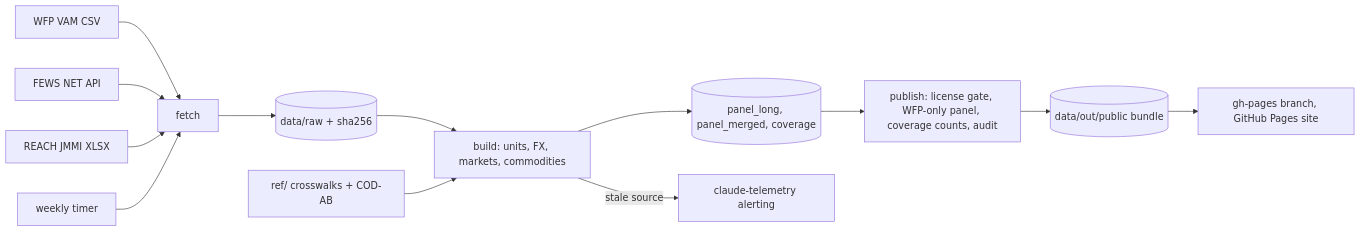
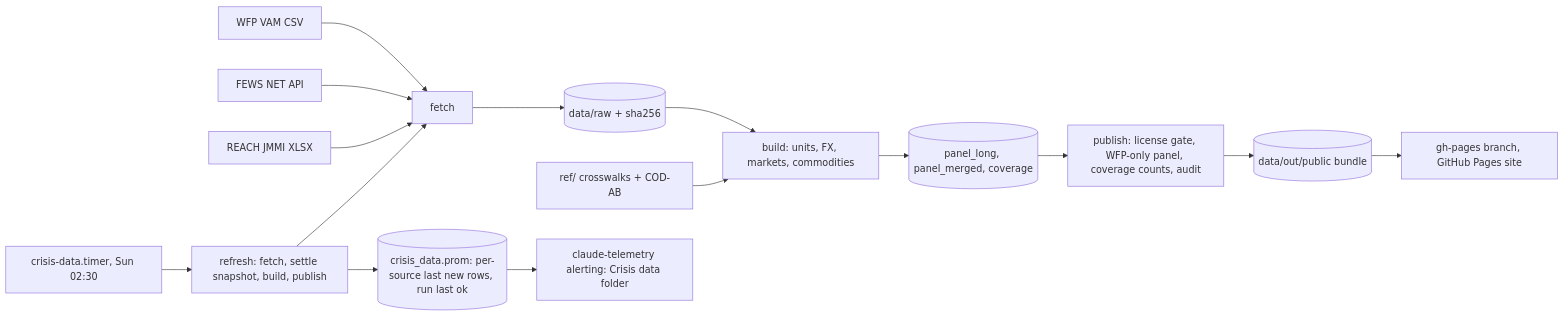
The second of 2 diagrams in specs/001-conflict-market-prices.md (jamesonhohbein/crisis-data), drawn with Mermaid before and after one commit. The commit also changed other lines of this file and 9 other files, not shown here.

First line of the commit message:
Add the weekly refresh timer and its freshness signal (P3)

````diff
--- a/specs/001-conflict-market-prices.md
+++ b/specs/001-conflict-market-prices.md
@@ -142,15 +169,17 @@
 ```mermaid
 flowchart LR
   WFP[WFP VAM CSV] --> F[fetch]
   FEWS[FEWS NET API] --> F
   JMMI[REACH JMMI XLSX] --> F
   F --> RAW[(data/raw + sha256)]
   RAW --> B[build: units, FX, markets, commodities]
   REF[ref/ crosswalks + COD-AB] --> B
   B --> P[(panel_long, panel_merged, coverage)]
   P --> PUB[publish: license gate, WFP-only panel, coverage counts, audit]
   PUB --> BUN[(data/out/public bundle)]
   BUN --> GH[gh-pages branch, GitHub Pages site]
-  T[weekly timer] --> F
-  B -->|stale source| AL[claude-telemetry alerting]
+  T[crisis-data.timer, Sun 02:30] --> R[refresh: fetch, settle snapshot, build, publish]
+  R --> F
+  R --> M[(crisis_data.prom: per-source last new rows, run last ok)]
+  M --> AL[claude-telemetry alerting: Crisis data folder]
 ```
````
